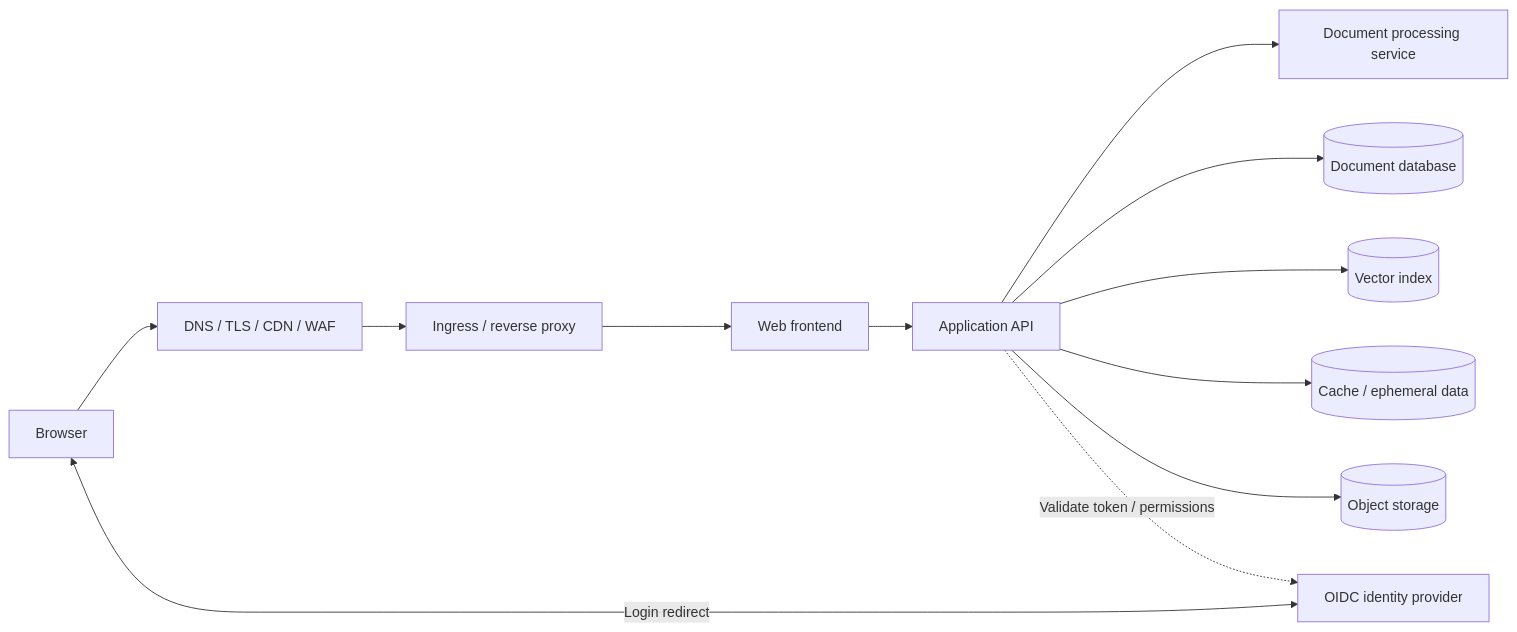
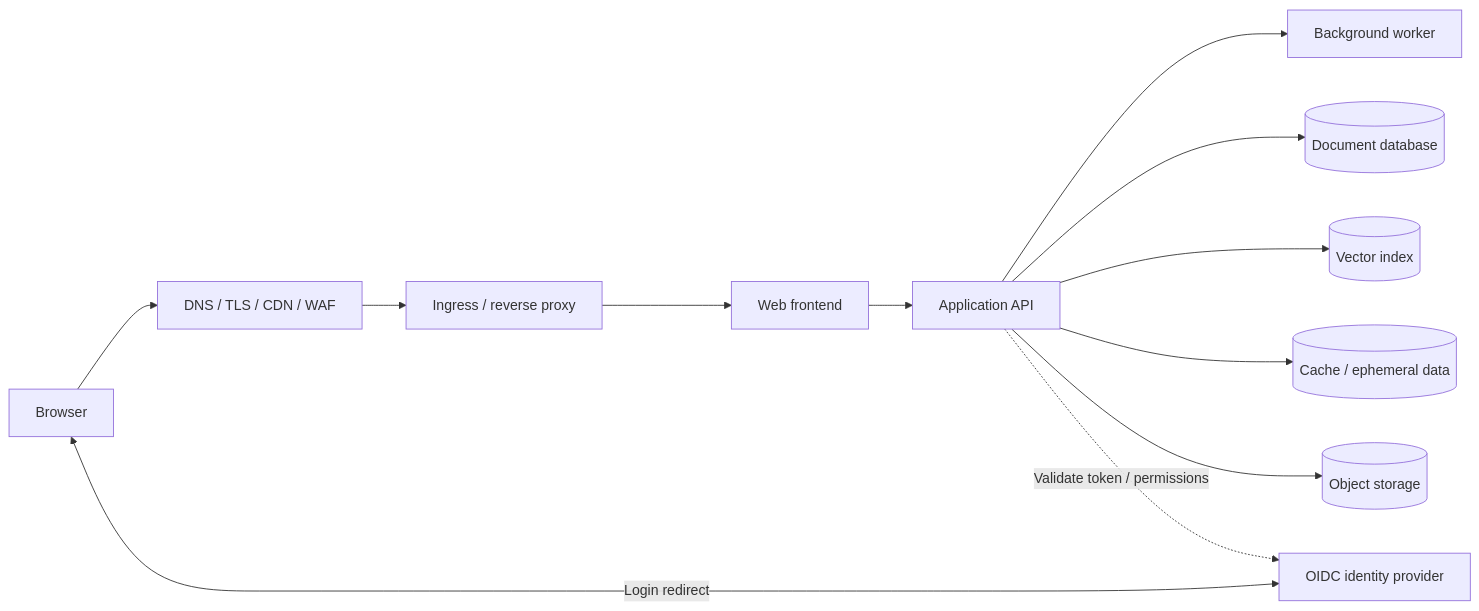
One commit to talkingtree-ai/onboarding changed the first of 2 diagrams in tracks/devops/docs/architecture.md. Above: the diagram before and after it, drawn with Mermaid. The commit also changed other lines of this file and 16 other files, not shown here.

````diff
--- a/tracks/devops/docs/architecture.md
+++ b/tracks/devops/docs/architecture.md
@@ -24,14 +24,14 @@
 ```mermaid
 flowchart LR
   Browser[Browser] --> Edge[DNS / TLS / CDN / WAF]
   Edge --> Ingress[Ingress / reverse proxy]
   Ingress --> Web[Web frontend]
   Web --> API[Application API]
-  API --> Worker[Document processing service]
+  API --> Worker[Background worker]
   API --> DB[(Document database)]
   API --> Vector[(Vector index)]
   API --> Cache[(Cache / ephemeral data)]
   API --> Objects[(Object storage)]
   Browser <-->|Login redirect| IdP[OIDC identity provider]
   API -. Validate token / permissions .-> IdP
 ```
````
